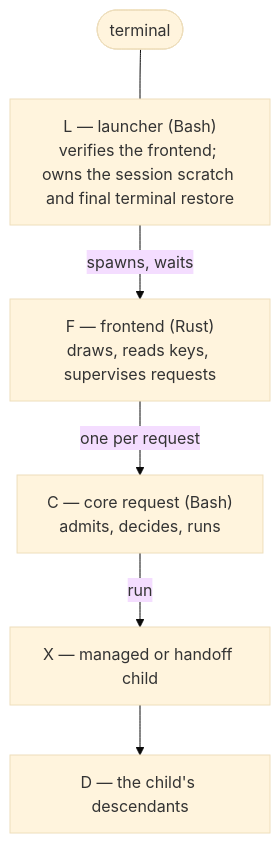
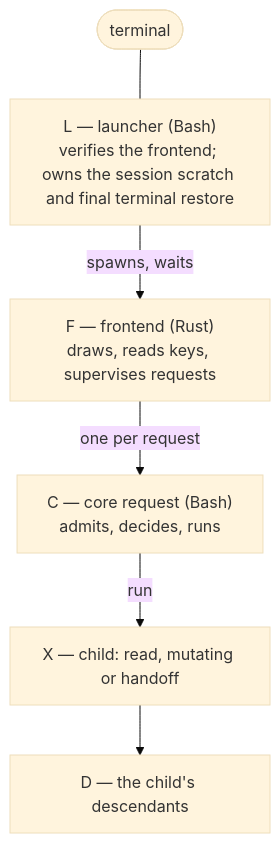
One commit to scalinity/omarchy-mac-bootstrap changed the diagram in docs/PROTOCOL.md. Above: the diagram before and after it, drawn with Mermaid (base theme). The commit also changed other lines of this file and 3 other files, not shown here.

````diff
--- a/docs/PROTOCOL.md
+++ b/docs/PROTOCOL.md
@@ -155,8 +185,8 @@
 ```mermaid
 flowchart TD
     T([terminal]) --- L
     L["L — launcher (Bash)<br/>verifies the frontend; owns the session scratch and final terminal restore"] -->|spawns, waits| F
     F["F — frontend (Rust)<br/>draws, reads keys, supervises requests"] -->|one per request| C
-    C["C — core request (Bash)<br/>admits, decides, runs"] -->|run| X[X — managed or handoff child]
+    C["C — core request (Bash)<br/>admits, decides, runs"] -->|run| X[X — child: read, mutating or handoff]
     X --> D[D — the child's descendants]
 ```
````
